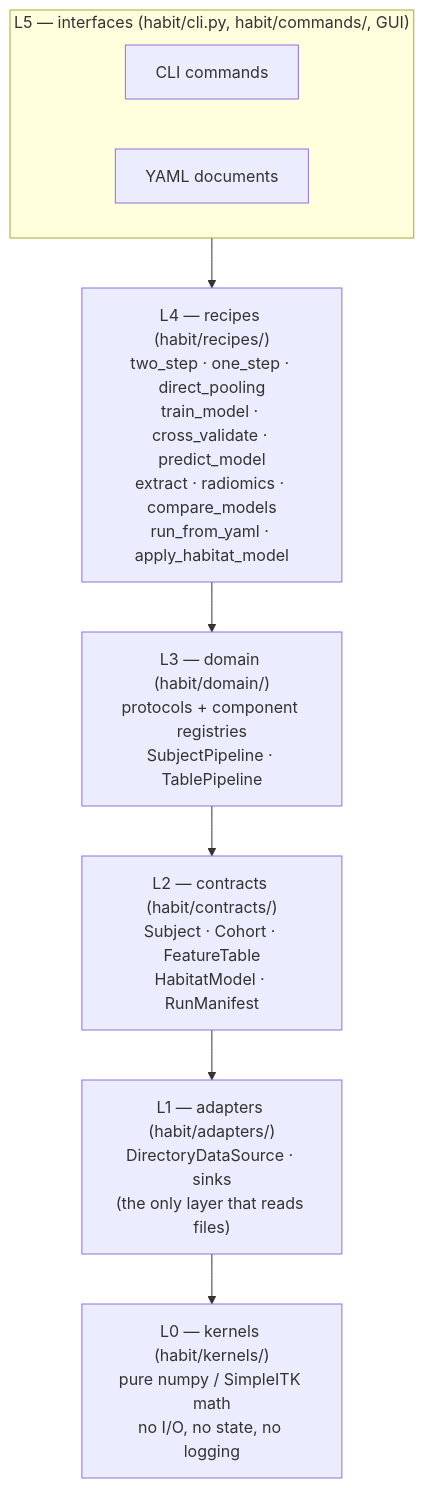
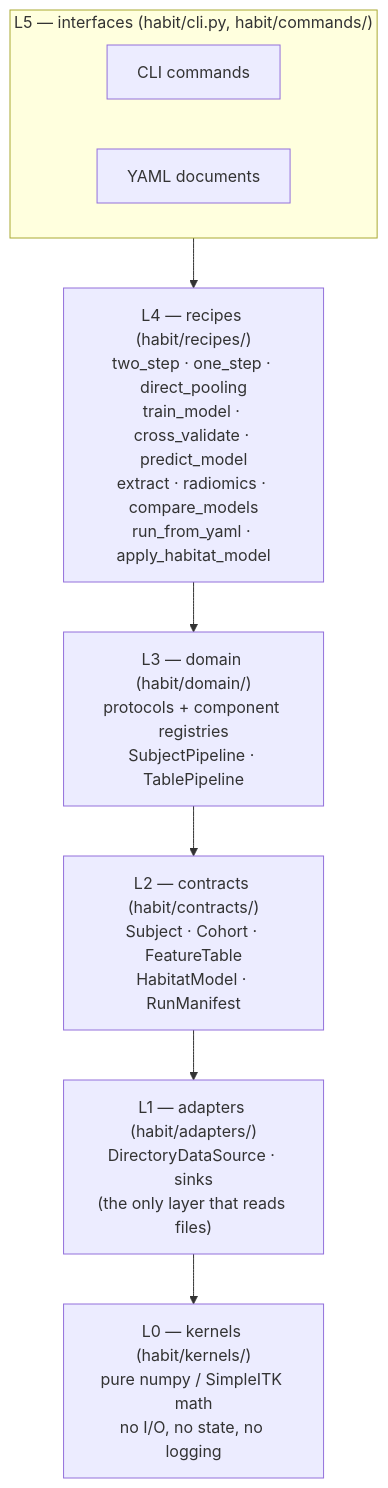
Before and after one commit to lichao312214129/HABIT: the first of 3 diagrams in docs/source/development/architecture.rst, drawn with Mermaid. The commit also changed other lines of this file and 186 other files, not shown here.

```diff
--- a/docs/source/development/architecture.rst
+++ b/docs/source/development/architecture.rst
@@ -29,18 +29,18 @@
 .. mermaid::
 
    flowchart TD
-     subgraph L5["L5 — interfaces (habit/cli.py, habit/commands/, GUI)"]
+     subgraph L5["L5 — interfaces (habit/cli.py, habit/commands/)"]
        CLI["CLI commands"]
        YAML["YAML documents"]
      end
      L4["L4 — recipes (habit/recipes/)<br/>two_step · one_step · direct_pooling<br/>train_model · cross_validate · predict_model<br/>extract · radiomics · compare_models<br/>run_from_yaml · apply_habitat_model"]
      L3["L3 — domain (habit/domain/)<br/>protocols + component registries<br/>SubjectPipeline · TablePipeline"]
      L2["L2 — contracts (habit/contracts/)<br/>Subject · Cohort · FeatureTable<br/>HabitatModel · RunManifest"]
      L1["L1 — adapters (habit/adapters/)<br/>DirectoryDataSource · sinks<br/>(the only layer that reads files)"]
      L0["L0 — kernels (habit/kernels/)<br/>pure numpy / SimpleITK math<br/>no I/O, no state, no logging"]
 
      L5 --> L4
      L4 --> L3
      L3 --> L2
      L2 --> L1
      L1 --> L0
```
